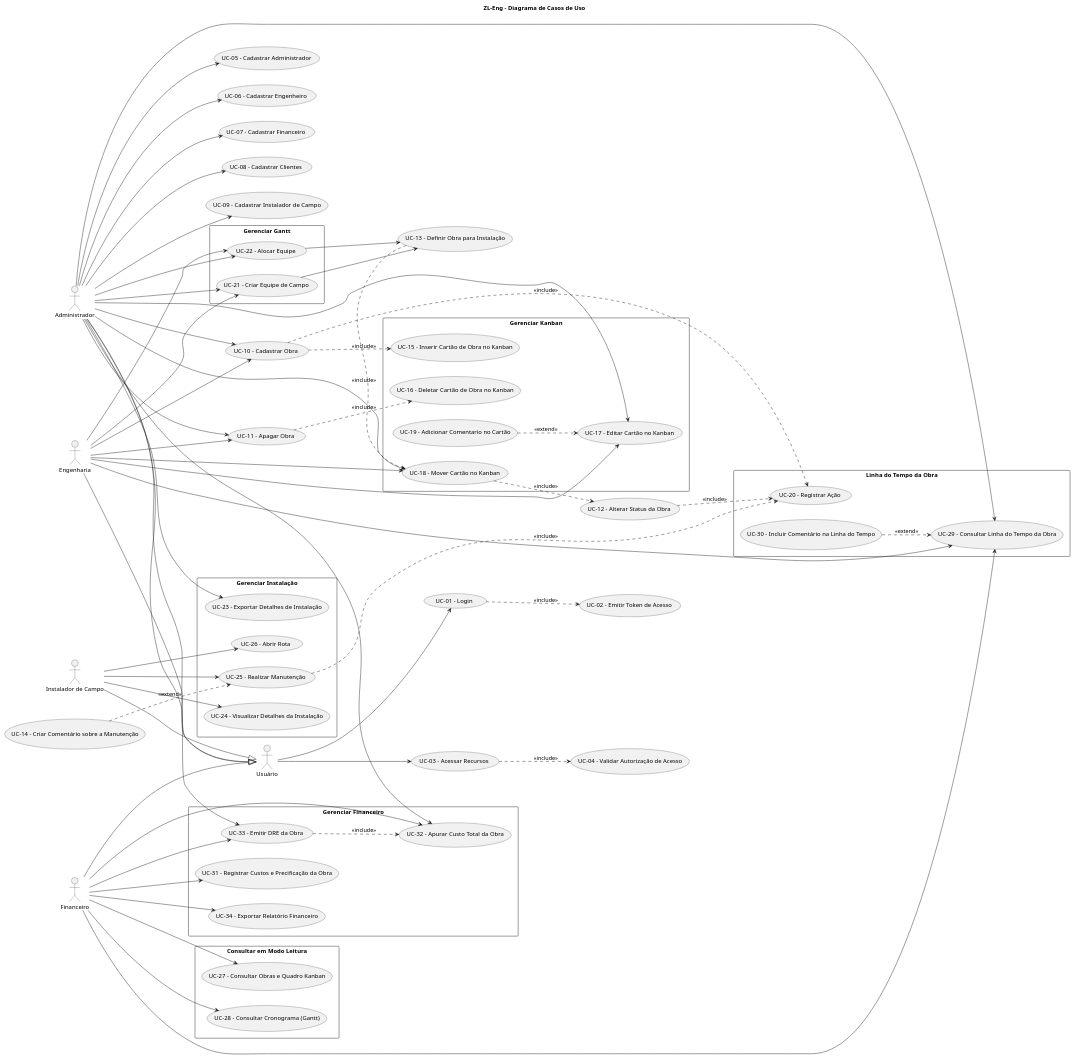
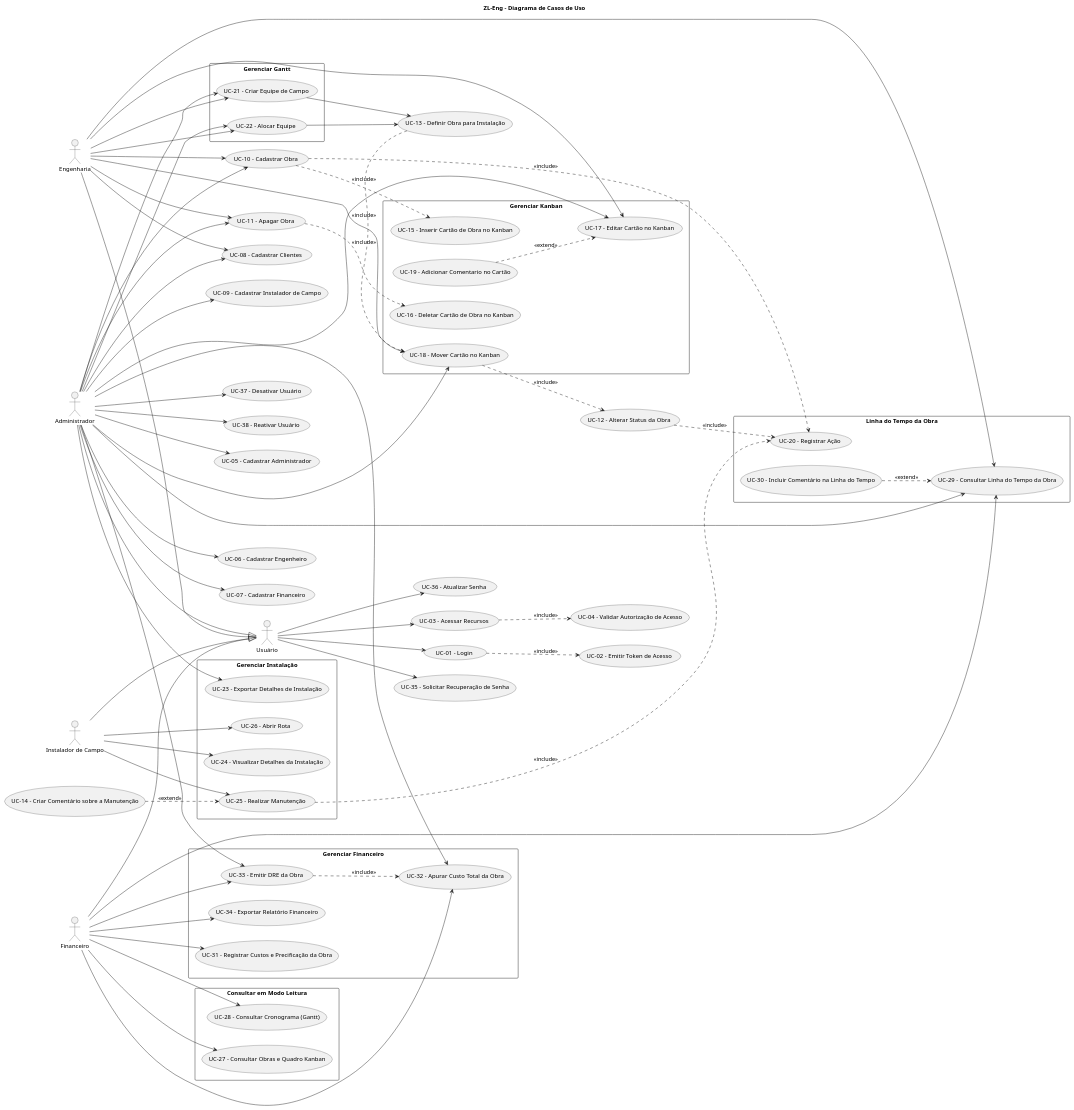
Before and after one commit to r7melo/pi4-2026-2-equipe-5: the diagram in docs/Requisitos/diagrams/casos-de-uso.puml, drawn with PlantUML. The commit also changed 7 other files, not shown here.

```diff
--- a/docs/Requisitos/diagrams/casos-de-uso.puml
+++ b/docs/Requisitos/diagrams/casos-de-uso.puml
@@ -1,142 +1,151 @@
 @startuml ZL-Eng-Diagrama-Completo
 title ZL-Eng - Diagrama de Casos de Uso
 left to right direction
 skinparam packageStyle rectangle
 
 ' ===== Atores =====
 actor "Usuário" as Usuario
 actor "Administrador" as Administrador
 actor "Engenharia" as Engenharia
 actor "Financeiro" as Financeiro
 actor "Instalador de Campo" as Instalador
 
 Administrador --|> Usuario
 Engenharia --|> Usuario
 Financeiro --|> Usuario
 Instalador --|> Usuario
 
 ' ===== Casos de uso: autenticação =====
 usecase "UC-01 - Login" as Login
 usecase "UC-02 - Emitir Token de Acesso" as EmitirToken
 usecase "UC-03 - Acessar Recursos" as AcessarRecursos
 usecase "UC-04 - Validar Autorização de Acesso" as ValidarAutorizacao
+usecase "UC-35 - Solicitar Recuperação de Senha" as SolicitarRecuperacao
+usecase "UC-36 - Atualizar Senha" as AtualizarSenha
 
 ' ===== Casos de uso: cadastros =====
 usecase "UC-05 - Cadastrar Administrador" as CadAdmin
 usecase "UC-06 - Cadastrar Engenheiro" as CadEng
 usecase "UC-07 - Cadastrar Financeiro" as CadFin
 usecase "UC-08 - Cadastrar Clientes" as CadClientes
 usecase "UC-09 - Cadastrar Instalador de Campo" as CadInstalador
+usecase "UC-37 - Desativar Usuário" as DesativarUsuario
+usecase "UC-38 - Reativar Usuário" as ReativarUsuario
 
 ' ===== Casos de uso: obra =====
 usecase "UC-10 - Cadastrar Obra" as CadObra
 usecase "UC-11 - Apagar Obra" as ApagarObra
 usecase "UC-12 - Alterar Status da Obra" as AlterarStatus
 usecase "UC-13 - Definir Obra para Instalação" as DefinirObra
 usecase "UC-14 - Criar Comentário sobre a Manutenção" as CriarComentarioManut
 
 ' ===== Subjects =====
 rectangle "Gerenciar Kanban" as Kanban {
   usecase "UC-15 - Inserir Cartão de Obra no Kanban" as InserirCartao
   usecase "UC-16 - Deletar Cartão de Obra no Kanban" as DeletarCartao
   usecase "UC-17 - Editar Cartão no Kanban" as EditarCartao
   usecase "UC-18 - Mover Cartão no Kanban" as MoverCartao
   usecase "UC-19 - Adicionar Comentario no Cartão" as ComentarCartao
 }
 
 rectangle "Linha do Tempo da Obra" as Timeline {
   usecase "UC-20 - Registrar Ação" as RegistrarAcao
   usecase "UC-29 - Consultar Linha do Tempo da Obra" as ConsultarTimeline
   usecase "UC-30 - Incluir Comentário na Linha do Tempo" as ComentarTimeline
 }
 
 rectangle "Gerenciar Gantt" as Gantt {
   usecase "UC-21 - Criar Equipe de Campo" as CriarEquipe
   usecase "UC-22 - Alocar Equipe" as AlocarEquipe
 }
 
 rectangle "Gerenciar Instalação" as Instalacao {
   usecase "UC-23 - Exportar Detalhes de Instalação" as ExportarDetalhes
   usecase "UC-24 - Visualizar Detalhes da Instalação" as VisualizarDetalhes
   usecase "UC-25 - Realizar Manutenção" as RealizarManutencao
   usecase "UC-26 - Abrir Rota" as AbrirRota
 }
 
 rectangle "Consultar em Modo Leitura" as Consulta {
   usecase "UC-27 - Consultar Obras e Quadro Kanban" as ConsultarKanban
   usecase "UC-28 - Consultar Cronograma (Gantt)" as ConsultarGantt
 }
 
 rectangle "Gerenciar Financeiro" as Financas {
   usecase "UC-31 - Registrar Custos e Precificação da Obra" as RegistrarCustos
   usecase "UC-32 - Apurar Custo Total da Obra" as ApurarCusto
   usecase "UC-33 - Emitir DRE da Obra" as EmitirDRE
   usecase "UC-34 - Exportar Relatório Financeiro" as ExportarRelatorio
 }
 
 ' ===== Associações: Usuário =====
 Usuario --> Login
 Usuario --> AcessarRecursos
+Usuario --> SolicitarRecuperacao
+Usuario --> AtualizarSenha
 
 ' ===== Associações: Administrador =====
 Administrador --> CadAdmin
 Administrador --> CadEng
 Administrador --> CadFin
 Administrador --> CadClientes
 Administrador --> CadInstalador
+Administrador --> DesativarUsuario
+Administrador --> ReativarUsuario
+Engenharia --> CadClientes
 Administrador --> CadObra
 Administrador --> ApagarObra
 Administrador --> EditarCartao
 Administrador --> MoverCartao
 Administrador --> CriarEquipe
 Administrador --> AlocarEquipe
 Administrador --> ExportarDetalhes
 Administrador --> ConsultarTimeline
 Administrador --> ApurarCusto
 Administrador --> EmitirDRE
 
 ' ===== Associações: Engenharia =====
 Engenharia --> CadObra
 Engenharia --> ApagarObra
 Engenharia --> EditarCartao
 Engenharia --> MoverCartao
 Engenharia --> CriarEquipe
 Engenharia --> AlocarEquipe
 Engenharia --> ConsultarTimeline
 
 ' ===== Associações: Financeiro =====
 Financeiro --> ConsultarKanban
 Financeiro --> ConsultarGantt
 Financeiro --> ConsultarTimeline
 Financeiro --> RegistrarCustos
 Financeiro --> ApurarCusto
 Financeiro --> EmitirDRE
 Financeiro --> ExportarRelatorio
 
 ' ===== Associações: Instalador de Campo =====
 Instalador --> VisualizarDetalhes
 Instalador --> RealizarManutencao
 Instalador --> AbrirRota
 
 ' ===== Associações entre casos de uso =====
 CriarEquipe --> DefinirObra
 AlocarEquipe --> DefinirObra
 
 ' ===== Include =====
 Login ..> EmitirToken : <<include>>
 AcessarRecursos ..> ValidarAutorizacao : <<include>>
 CadObra ..> InserirCartao : <<include>>
 CadObra ..> RegistrarAcao : <<include>>
 ApagarObra ..> DeletarCartao : <<include>>
 MoverCartao ..> AlterarStatus : <<include>>
 AlterarStatus ..> RegistrarAcao : <<include>>
 DefinirObra ..> MoverCartao : <<include>>
 RealizarManutencao ..> RegistrarAcao : <<include>>
 EmitirDRE ..> ApurarCusto : <<include>>
 
 ' ===== Extend =====
 CriarComentarioManut ..> RealizarManutencao : <<extend>>
 ComentarCartao ..> EditarCartao : <<extend>>
 ComentarTimeline ..> ConsultarTimeline : <<extend>>
 
 @enduml
```
